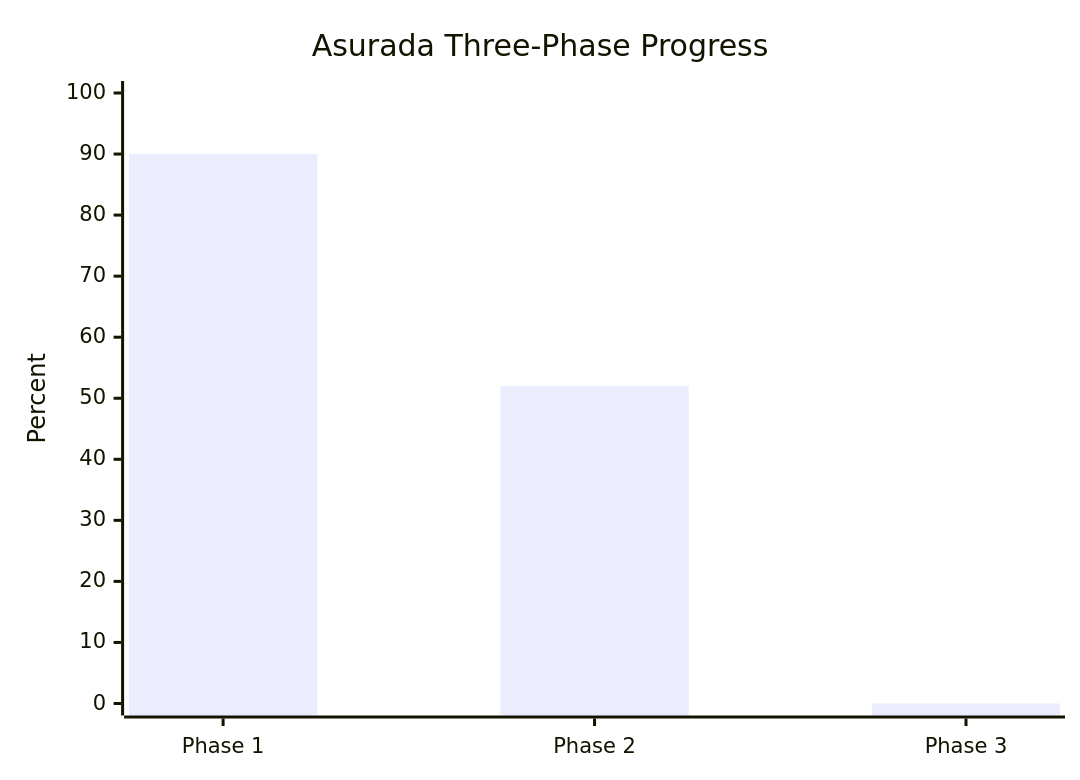
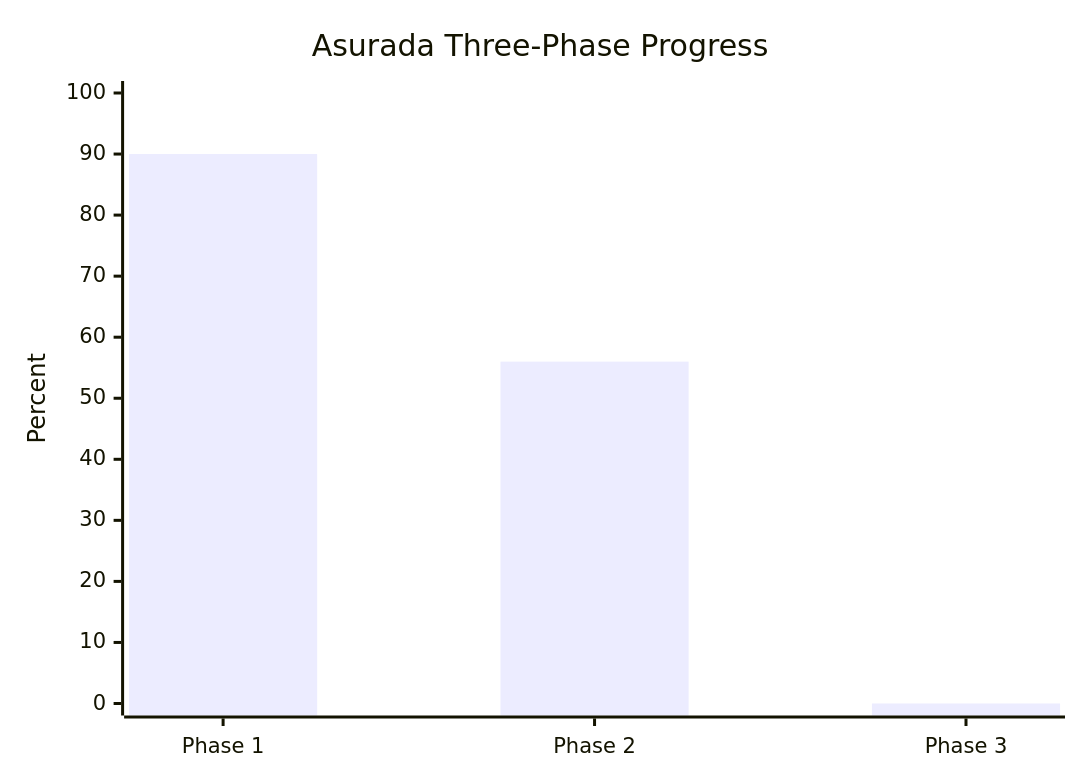
The first of 2 diagrams in README.md (Sn55555/Asurada), drawn with Mermaid before and after one commit. The commit also changed other lines of this file and 11 other files, not shown here.

````diff
--- a/README.md
+++ b/README.md
@@ -13,7 +13,7 @@
 ```mermaid
 xychart-beta
     title "Asurada Three-Phase Progress"
     x-axis ["Phase 1", "Phase 2", "Phase 3"]
     y-axis "Percent" 0 --> 100
-    bar [90, 52, 0]
+    bar [90, 56, 0]
 ```
````
